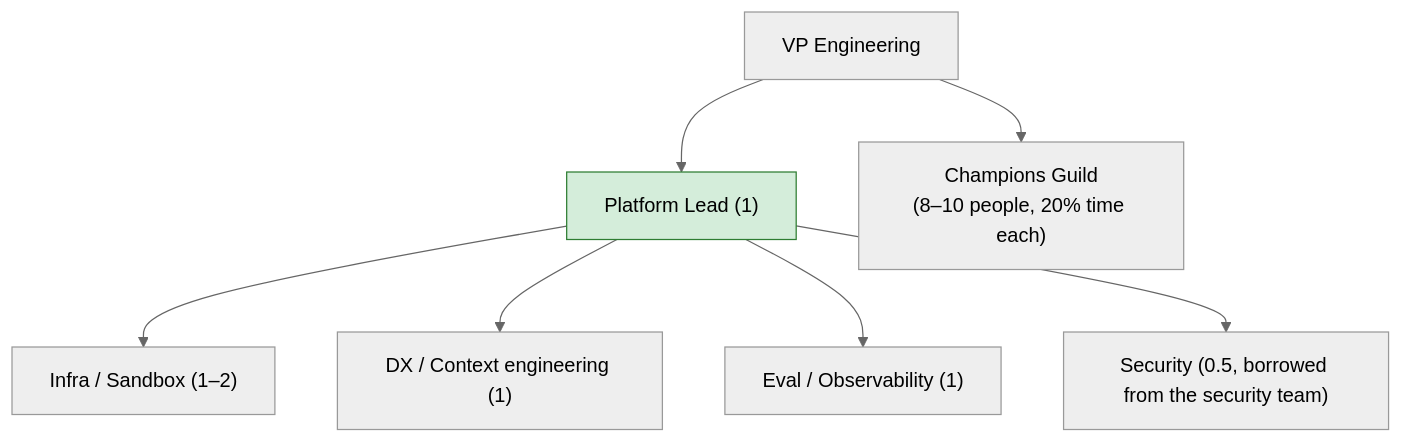
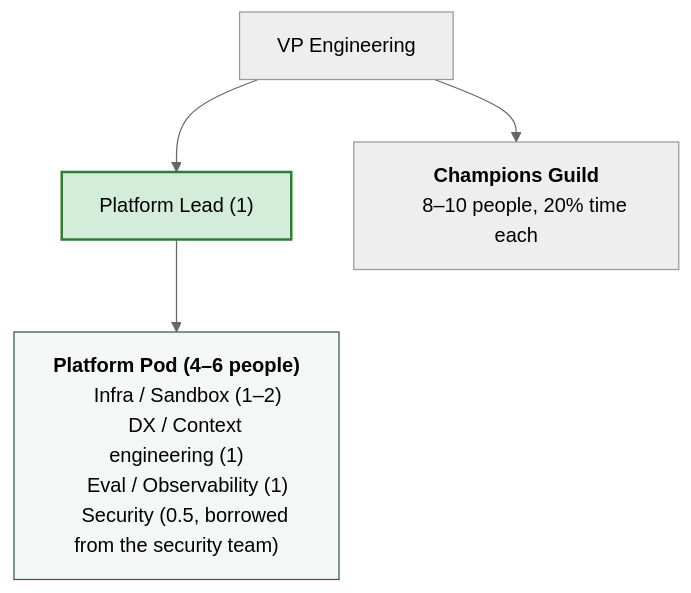
Before and after one commit to fantasybz/medium-articles: the second of 3 diagrams in 2026-09-agentic-org-design/article.en.md, drawn with Mermaid (neutral theme). The commit also changed other lines of this file and 26 other files, not shown here.

First line of the commit message:
Redraw the remaining wide and tall diagrams across all four articles

````diff
--- a/2026-09-agentic-org-design/article.en.md
+++ b/2026-09-agentic-org-design/article.en.md
@@ -75,10 +69,16 @@
 ```mermaid
 flowchart TB
-    VP["VP Engineering"] --> PL["Platform Lead (1)"]
-    VP --> G["Champions Guild<br/>(8–10 people, 20% time each)"]
-    PL --> IE["Infra / Sandbox (1–2)"]
-    PL --> DX["DX / Context engineering (1)"]
-    PL --> EV["Eval / Observability (1)"]
-    PL --> SEC["Security (0.5, borrowed from the security team)"]
-    style PL fill:#d4edda,stroke:#2e7d32
+    VP["VP Engineering"]
+    PL["Platform Lead (1)"]
+    TEAM["<b>Platform Pod (4–6 people)</b>
+    Infra / Sandbox (1–2)
+    DX / Context engineering (1)
+    Eval / Observability (1)
+    Security (0.5, borrowed from the security team)"]
+    G["<b>Champions Guild</b>
+    8–10 people, 20% time each"]
+    VP --> PL --> TEAM
+    VP --> G
+    style PL fill:#d4edda,stroke:#2e7d32,stroke-width:2px
+    style TEAM fill:#f4f7f5,stroke:#2e5e46
 ```
````
